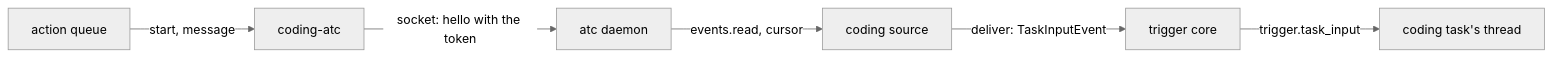
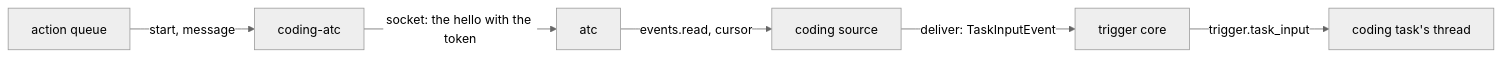
The diagram in docs/design/queue/coding-session-runner/atc.md (zgeoff/nixie), drawn with Mermaid (neutral theme) before and after one commit. The commit also changed other lines of this file and 2 other files, not shown here.

````diff
--- a/docs/design/queue/coding-session-runner/atc.md
+++ b/docs/design/queue/coding-session-runner/atc.md
@@ -14,8 +17,8 @@
 ```mermaid
 flowchart LR
   queue[action queue] -->|"start, message"| adapter[coding-atc]
-  adapter -->|"socket: hello with the token"| atc[atc daemon]
+  adapter -->|"socket: the hello with the token"| atc[atc]
   atc -->|"events.read, cursor"| source[coding source]
   source -->|"deliver: TaskInputEvent"| core[trigger core]
   core -->|"trigger.task_input"| thread[coding task's thread]
 ```
````
